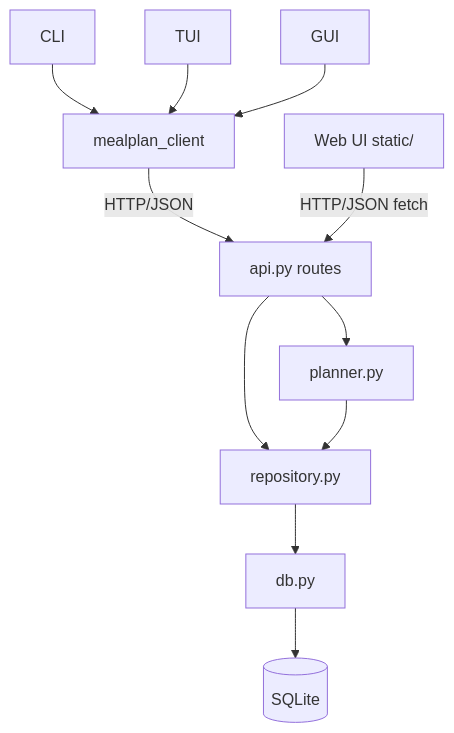
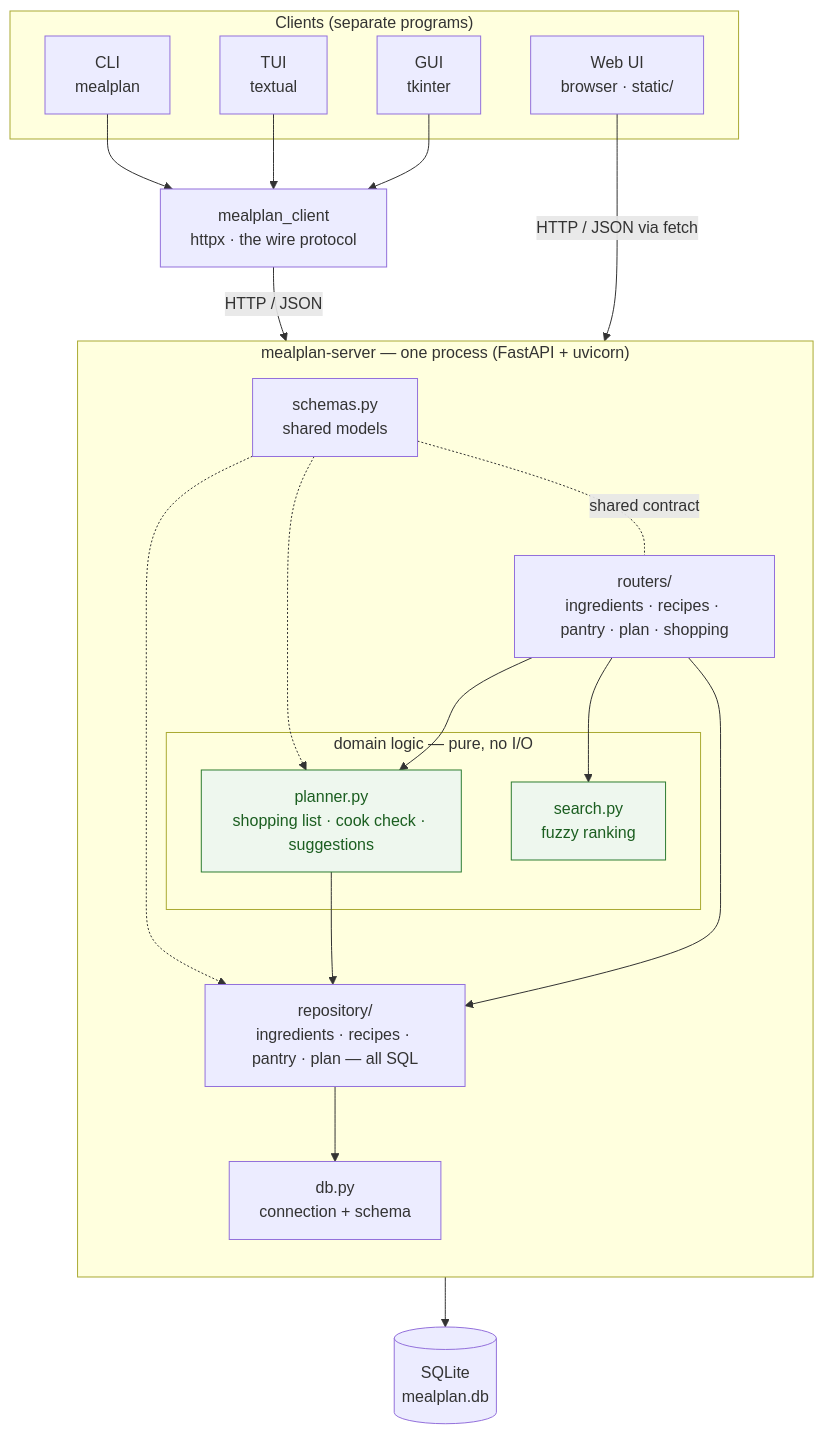
Before and after one commit to cpin28/-finalproject--cpin28: the diagram in docs/diagrams/components.mmd, drawn with Mermaid. The commit also changed 3 other files, not shown here.

First line of the commit message:
Expand architecture docs with inline, current Mermaid diagrams

```diff
--- a/docs/diagrams/components.mmd
+++ b/docs/diagrams/components.mmd
@@ -1,22 +1,44 @@
+%% Component view: the four clients, the single server process, and storage.
 graph TD
-    CLI[CLI]
-    TUI[TUI]
-    GUI[GUI]
-    WEB[Web UI static/]
-    LIB[mealplan_client]
-    API[api.py routes]
-    PLAN[planner.py]
-    REPO[repository.py]
-    DB[db.py]
-    SQLITE[(SQLite)]
+    subgraph Clients["Clients (separate programs)"]
+        CLI[CLI<br/>mealplan]
+        TUI[TUI<br/>textual]
+        GUI[GUI<br/>tkinter]
+        WEB[Web UI<br/>browser · static/]
+    end
+
+    LIB[mealplan_client<br/>httpx · the wire protocol]
+
+    subgraph Server["mealplan-server — one process (FastAPI + uvicorn)"]
+        direction TB
+        ROUTERS["routers/<br/>ingredients · recipes · pantry · plan · shopping"]
+        subgraph Logic["domain logic — pure, no I/O"]
+            PLAN[planner.py<br/>shopping list · cook check · suggestions]
+            SEARCH[search.py<br/>fuzzy ranking]
+        end
+        REPO["repository/<br/>ingredients · recipes · pantry · plan — all SQL"]
+        DB[db.py<br/>connection + schema]
+        SCHEMAS[schemas.py<br/>shared models]
+    end
+
+    STORE[(SQLite<br/>mealplan.db)]
 
     CLI --> LIB
     TUI --> LIB
     GUI --> LIB
-    LIB -->|HTTP/JSON| API
-    WEB -->|HTTP/JSON fetch| API
-    API --> PLAN
-    API --> REPO
+    LIB -->|HTTP / JSON| ROUTERS
+    WEB -->|HTTP / JSON via fetch| ROUTERS
+
+    ROUTERS --> PLAN
+    ROUTERS --> SEARCH
+    ROUTERS --> REPO
     PLAN --> REPO
     REPO --> DB
-    DB --> SQLITE
+    DB --> STORE
+
+    SCHEMAS -. shared contract .- ROUTERS
+    SCHEMAS -.-> PLAN
+    SCHEMAS -.-> REPO
+
+    classDef pure fill:#eef7ee,stroke:#2e7d32,color:#1b5e20;
+    class PLAN,SEARCH pure;
```
